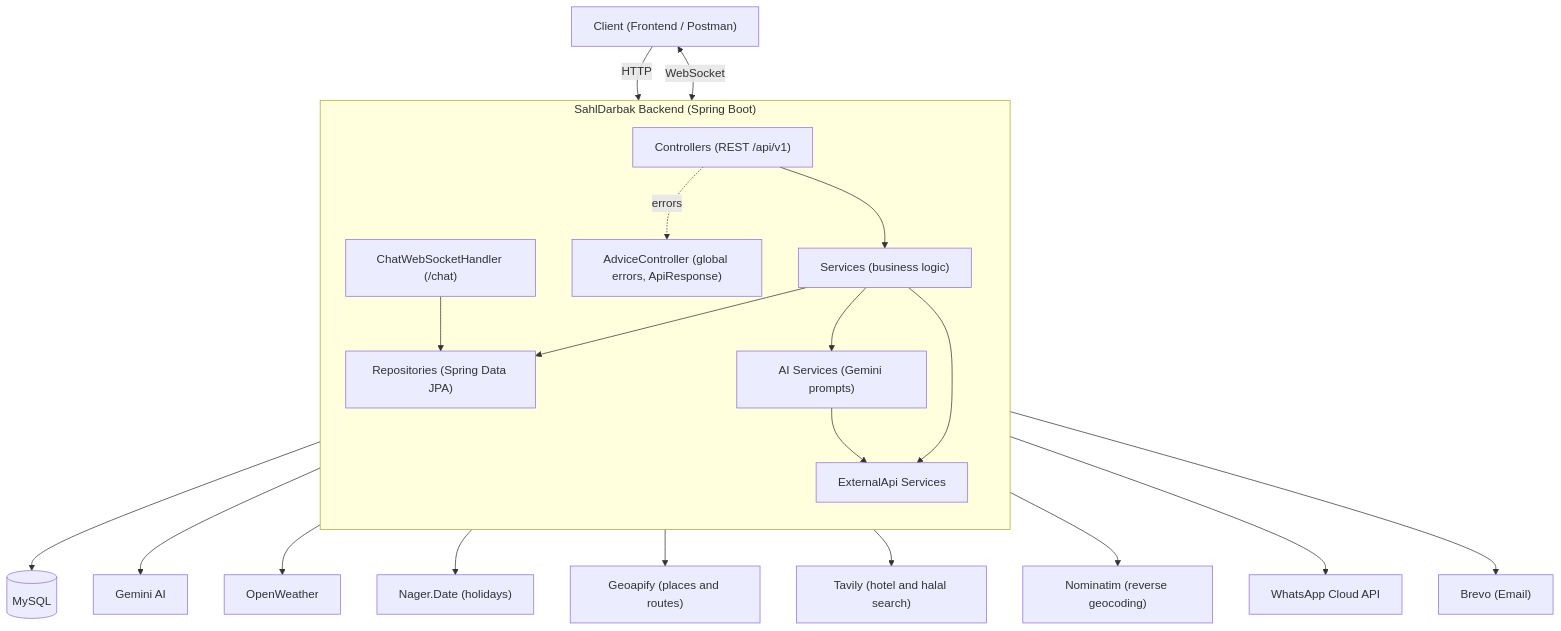
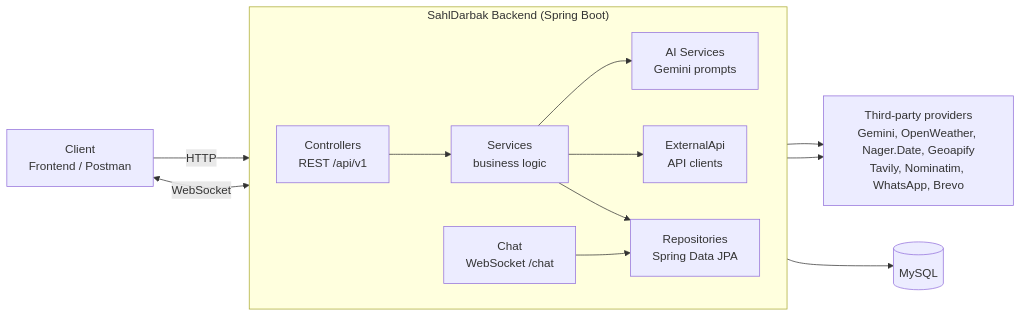
One commit to RazanAlmadan/SahilDarbak changed the first of 2 diagrams in README.md. Above: the diagram before and after it, drawn with Mermaid.

Commit message:
Revise flowchart in README for backend structure
Updated flowchart to reflect changes in backend architecture and third-party providers.

````diff
--- a/README.md
+++ b/README.md
@@ -76,46 +76,28 @@
 ```mermaid
-flowchart TB
-    Client["Client (Frontend / Postman)"]
-
-    subgraph Backend["SahlDarbak Backend (Spring Boot)"]
-        direction TB
-        Controllers["Controllers (REST /api/v1)"]
-        Advice["AdviceController (global errors, ApiResponse)"]
-        Services["Services (business logic)"]
-        AIL["AI Services (Gemini prompts)"]
-        EXT["ExternalApi Services"]
-        Repos["Repositories (Spring Data JPA)"]
-        Chat["ChatWebSocketHandler (/chat)"]
+flowchart LR
+    Client["Client<br/>Frontend / Postman"]
+ 
+    subgraph App["SahlDarbak Backend (Spring Boot)"]
+        direction LR
+        Controllers["Controllers<br/>REST /api/v1"]
+        Services["Services<br/>business logic"]
+        AI["AI Services<br/>Gemini prompts"]
+        Ext["ExternalApi<br/>API clients"]
+        Repos["Repositories<br/>Spring Data JPA"]
+        Chat["Chat<br/>WebSocket /chat"]
     end
-
+ 
     DB[("MySQL")]
-
-    Gemini["Gemini AI"]
-    Weather["OpenWeather"]
-    Holidays["Nager.Date (holidays)"]
-    Geo["Geoapify (places and routes)"]
-    Tavily["Tavily (hotel and halal search)"]
-    Nominatim["Nominatim (reverse geocoding)"]
-    WA["WhatsApp Cloud API"]
-    Brevo["Brevo (Email)"]
-
+    Providers["Third-party providers<br/>Gemini, OpenWeather, Nager.Date, Geoapify<br/>Tavily, Nominatim, WhatsApp, Brevo"]
+ 
     Client -->|HTTP| Controllers
     Client <-->|WebSocket| Chat
     Controllers --> Services
-    Controllers -.->|errors| Advice
+    Services --> AI
+    Services --> Ext
     Services --> Repos
-    Services --> AIL
-    Services --> EXT
-    AIL --> EXT
+    Chat --> Repos
+    AI --> Providers
+    Ext --> Providers
     Repos --> DB
-    Chat --> Repos
-
-    AIL --> Gemini
-    EXT --> Weather
-    EXT --> Holidays
-    EXT --> Geo
-    EXT --> Tavily
-    EXT --> Nominatim
-    EXT --> WA
-    EXT --> Brevo
 ```
````
